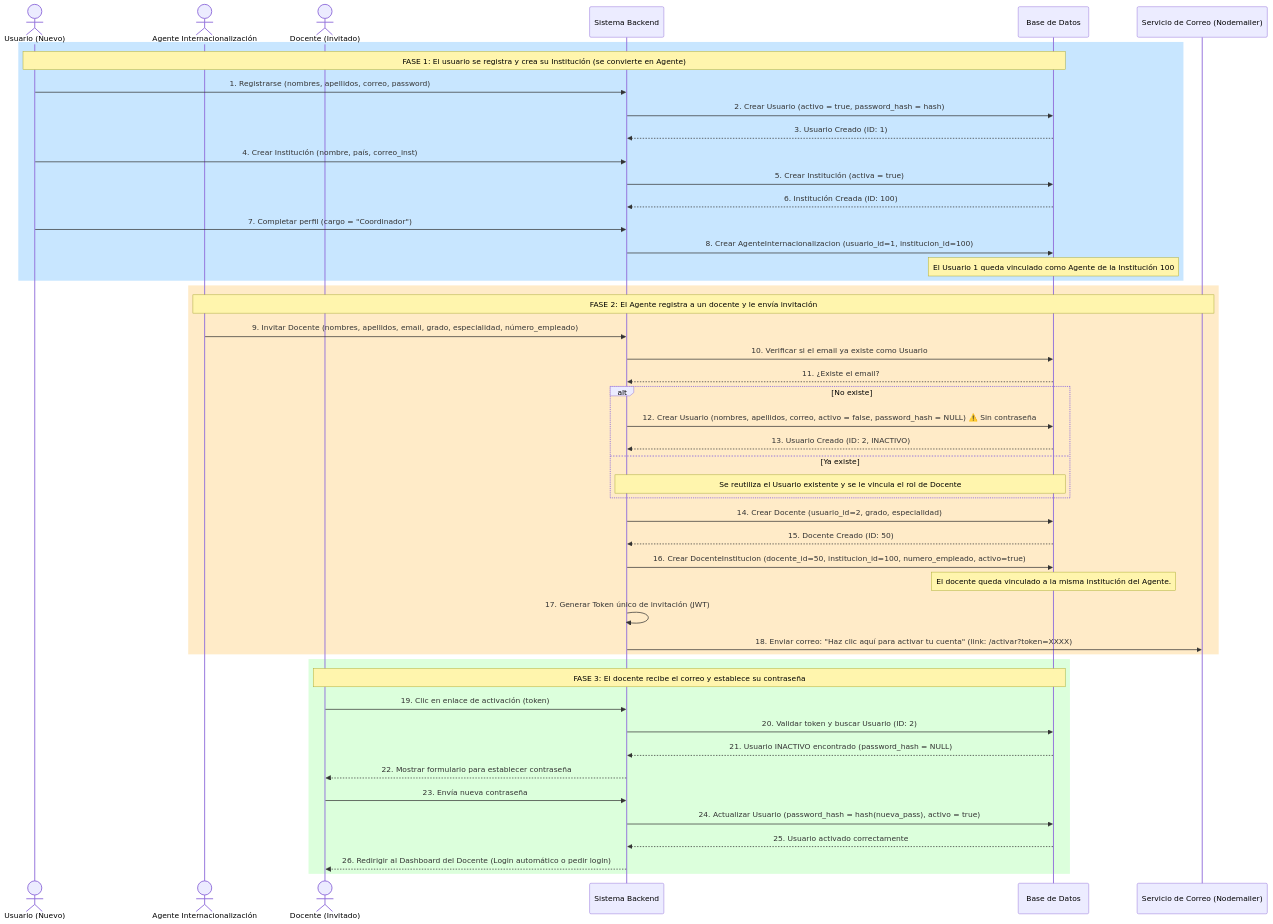
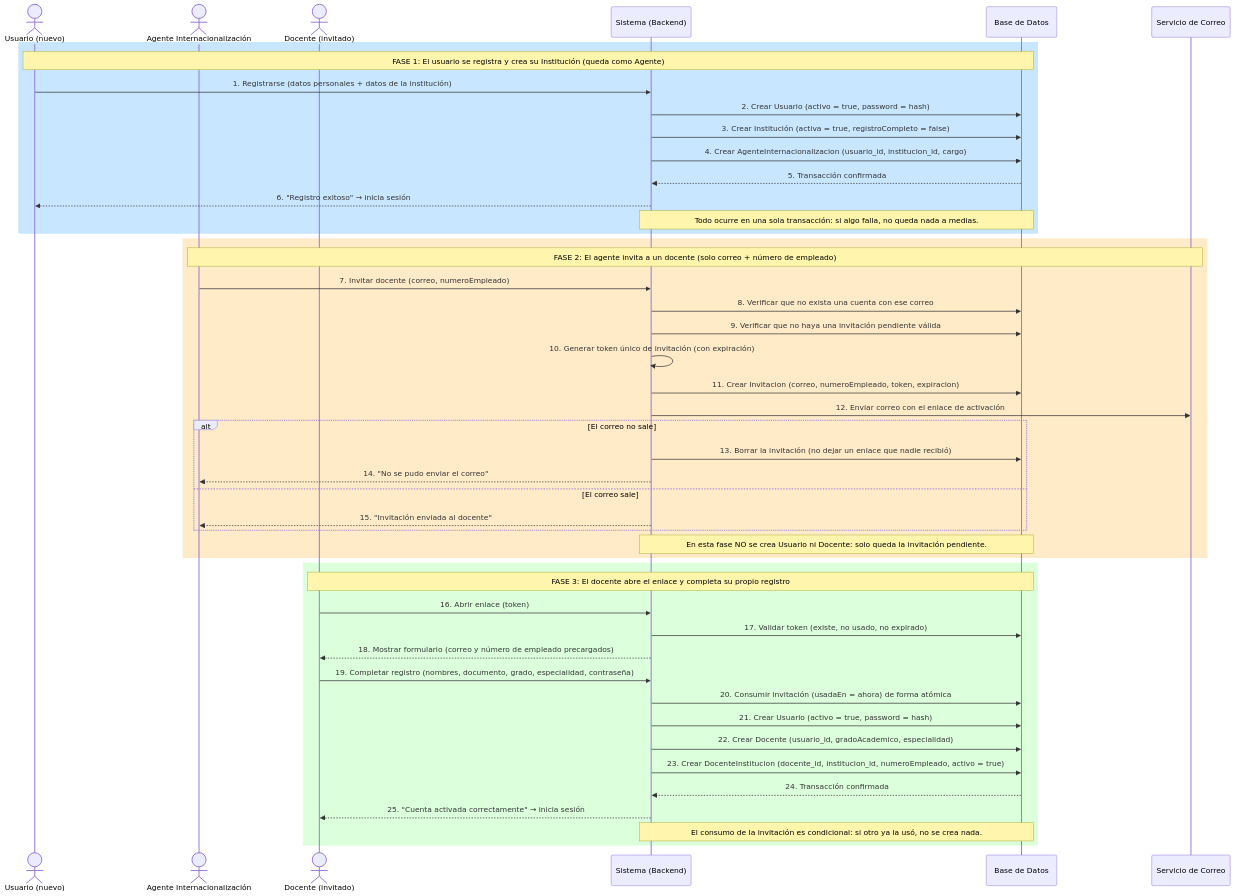
Before and after one commit to RICARDOSOTO6/clases-espejo: the diagram in docs/diagramas/diagrama_de_secuencias.md, drawn with Mermaid. The commit also changed 30 other files, not shown here.

````diff
--- a/docs/diagramas/diagrama_de_secuencias.md
+++ b/docs/diagramas/diagrama_de_secuencias.md
@@ -1,66 +1,63 @@
 ```mermaid
 sequenceDiagram
-    actor UsuarioWeb as Usuario (Nuevo)
+    actor UsuarioNuevo as Usuario (nuevo)
     actor Agente as Agente Internacionalización
-    actor DocenteInv as Docente (Invitado)
-    participant Sistema as Sistema Backend
+    actor DocenteInv as Docente (invitado)
+    participant Sistema as Sistema (Backend)
     participant BD as Base de Datos
-    participant Email as Servicio de Correo (Nodemailer)
+    participant Correo as Servicio de Correo
 
     %% ==================== FASE 1: REGISTRO DE AGENTE E INSTITUCIÓN ====================
     rect rgb(200, 230, 255)
-        Note over UsuarioWeb,BD: FASE 1: El usuario se registra y crea su Institución (se convierte en Agente)
-        UsuarioWeb->>Sistema: 1. Registrarse (nombres, apellidos, correo, password)
-        Sistema->>BD: 2. Crear Usuario (activo = true, password_hash = hash)
-        BD-->>Sistema: 3. Usuario Creado (ID: 1)
+        Note over UsuarioNuevo,BD: FASE 1: El usuario se registra y crea su Institución (queda como Agente)
 
-        UsuarioWeb->>Sistema: 4. Crear Institución (nombre, país, correo_inst)
-        Sistema->>BD: 5. Crear Institución (activa = true)
-        BD-->>Sistema: 6. Institución Creada (ID: 100)
+        UsuarioNuevo->>Sistema: 1. Registrarse (datos personales + datos de la institución)
+        Sistema->>BD: 2. Crear Usuario (activo = true, password = hash)
+        Sistema->>BD: 3. Crear Institución (activa = true, registroCompleto = false)
+        Sistema->>BD: 4. Crear AgenteInternacionalizacion (usuario_id, institucion_id, cargo)
+        BD-->>Sistema: 5. Transacción confirmada
+        Sistema-->>UsuarioNuevo: 6. "Registro exitoso" → inicia sesión
 
-        UsuarioWeb->>Sistema: 7. Completar perfil (cargo = "Coordinador")
-        Sistema->>BD: 8. Crear AgenteInternacionalizacion (usuario_id=1, institucion_id=100)
-        Note over BD: El Usuario 1 queda vinculado como Agente de la Institución 100
+        Note over Sistema,BD: Todo ocurre en una sola transacción: si algo falla, no queda nada a medias.
     end
 
-    %% ==================== FASE 2: AGENTE INVITA A DOCENTE ====================
+    %% ==================== FASE 2: INVITACIÓN DEL DOCENTE ====================
     rect rgb(255, 235, 200)
-        Note over Agente,Email: FASE 2: El Agente registra a un docente y le envía invitación
-        Agente->>Sistema: 9. Invitar Docente (nombres, apellidos, email, grado, especialidad, número_empleado)
+        Note over Agente,Correo: FASE 2: El agente invita a un docente (solo correo + número de empleado)
 
-        Sistema->>BD: 10. Verificar si el email ya existe como Usuario
-        BD-->>Sistema: 11. ¿Existe el email?
+        Agente->>Sistema: 7. Invitar docente (correo, numeroEmpleado)
+        Sistema->>BD: 8. Verificar que no exista una cuenta con ese correo
+        Sistema->>BD: 9. Verificar que no haya una invitación pendiente válida
+        Sistema->>Sistema: 10. Generar token único de invitación (con expiración)
+        Sistema->>BD: 11. Crear Invitacion (correo, numeroEmpleado, token, expiracion)
+        Sistema->>Correo: 12. Enviar correo con el enlace de activación
 
-        alt No existe
-            Sistema->>BD: 12. Crear Usuario (nombres, apellidos, correo, activo = false, password_hash = NULL) ⚠️ Sin contraseña
-            BD-->>Sistema: 13. Usuario Creado (ID: 2, INACTIVO)
-        else Ya existe
-            Note over Sistema,BD: Se reutiliza el Usuario existente y se le vincula el rol de Docente
+        alt El correo no sale
+            Sistema->>BD: 13. Borrar la invitación (no dejar un enlace que nadie recibió)
+            Sistema-->>Agente: 14. "No se pudo enviar el correo"
+        else El correo sale
+            Sistema-->>Agente: 15. "Invitación enviada al docente"
         end
 
-        Sistema->>BD: 14. Crear Docente (usuario_id=2, grado, especialidad)
-        BD-->>Sistema: 15. Docente Creado (ID: 50)
-
-        Sistema->>BD: 16. Crear DocenteInstitucion (docente_id=50, institucion_id=100, numero_empleado, activo=true)
-        Note over BD: El docente queda vinculado a la misma institución del Agente.
-
-        Sistema->>Sistema: 17. Generar Token único de invitación (JWT)
-        Sistema->>Email: 18. Enviar correo: "Haz clic aquí para activar tu cuenta" (link: /activar?token=XXXX)
+        Note over Sistema,BD: En esta fase NO se crea Usuario ni Docente: solo queda la invitación pendiente.
     end
 
-    %% ==================== FASE 3: DOCENTE ACTIVA SU CUENTA ====================
+    %% ==================== FASE 3: ACTIVACIÓN DEL DOCENTE ====================
     rect rgb(220, 255, 220)
-        Note over DocenteInv,BD: FASE 3: El docente recibe el correo y establece su contraseña
-        DocenteInv->>Sistema: 19. Clic en enlace de activación (token)
-        Sistema->>BD: 20. Validar token y buscar Usuario (ID: 2)
-        BD-->>Sistema: 21. Usuario INACTIVO encontrado (password_hash = NULL)
+        Note over DocenteInv,BD: FASE 3: El docente abre el enlace y completa su propio registro
 
-        Sistema-->>DocenteInv: 22. Mostrar formulario para establecer contraseña
-        DocenteInv->>Sistema: 23. Envía nueva contraseña
+        DocenteInv->>Sistema: 16. Abrir enlace (token)
+        Sistema->>BD: 17. Validar token (existe, no usado, no expirado)
+        Sistema-->>DocenteInv: 18. Mostrar formulario (correo y número de empleado precargados)
 
-        Sistema->>BD: 24. Actualizar Usuario (password_hash = hash(nueva_pass), activo = true)
-        BD-->>Sistema: 25. Usuario activado correctamente
+        DocenteInv->>Sistema: 19. Completar registro (nombres, documento, grado, especialidad, contraseña)
+        Sistema->>BD: 20. Consumir invitación (usadaEn = ahora) de forma atómica
+        Sistema->>BD: 21. Crear Usuario (activo = true, password = hash)
+        Sistema->>BD: 22. Crear Docente (usuario_id, gradoAcademico, especialidad)
+        Sistema->>BD: 23. Crear DocenteInstitucion (docente_id, institucion_id, numeroEmpleado, activo = true)
+        BD-->>Sistema: 24. Transacción confirmada
+        Sistema-->>DocenteInv: 25. "Cuenta activada correctamente" → inicia sesión
 
-        Sistema-->>DocenteInv: 26. Redirigir al Dashboard del Docente (Login automático o pedir login)
+        Note over Sistema,BD: El consumo de la invitación es condicional: si otro ya la usó, no se crea nada.
     end
 ```
````
